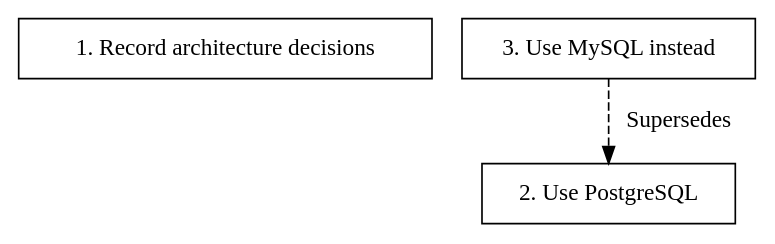
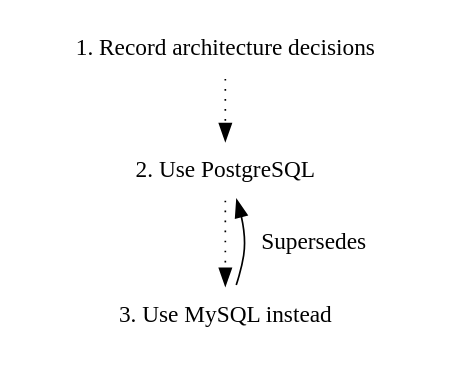
The diagram in book/src/commands/generate.md (joshrotenberg/adrs), drawn with Graphviz before and after one commit. The commit also changed other lines of this file, not shown here.

````diff
--- a/book/src/commands/generate.md
+++ b/book/src/commands/generate.md
@@ -109,9 +123,13 @@
 ```dot
 digraph {
-  node [shape=box];
+  node [shape=plaintext];
   _1 [label="1. Record architecture decisions"; URL="0001-record-architecture-decisions.md"];
   _2 [label="2. Use PostgreSQL"; URL="0002-use-postgresql.md"];
   _3 [label="3. Use MySQL instead"; URL="0003-use-mysql-instead.md"];
-  _3 -> _2 [style="dashed"; label="Supersedes"];
+  edge [style=dotted, weight=10];
+  _1 -> _2;
+  _2 -> _3;
+  edge [style=solid, weight=1];
+  _3 -> _2 [label="Supersedes"];
 }
 ```
````
